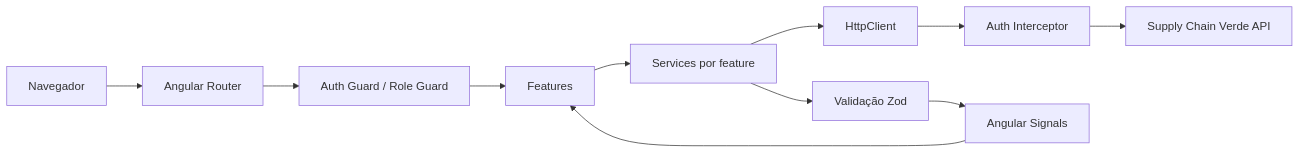
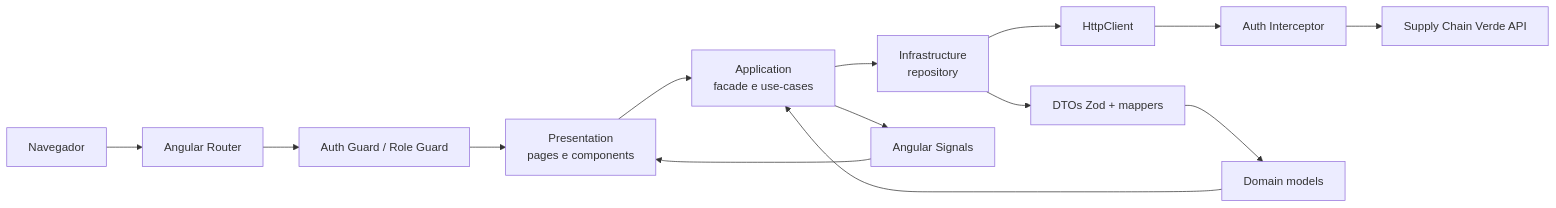
The second of 2 diagrams in README.md (matheusnascimentods/supply-chain-verde-web), drawn with Mermaid before and after one commit. The commit also changed other lines of this file, not shown here.

````diff
--- a/README.md
+++ b/README.md
@@ -83,13 +89,16 @@
 ```mermaid
 flowchart LR
     Browser[Navegador] --> Routes[Angular Router]
     Routes --> Guards[Auth Guard / Role Guard]
-    Guards --> Features[Features]
-    Features --> Services[Services por feature]
-    Services --> HTTP[HttpClient]
+    Guards --> Presentation[Presentation<br/>pages e components]
+    Presentation --> Facade[Application<br/>facade e use-cases]
+    Facade --> Repository[Infrastructure<br/>repository]
+    Repository --> HTTP[HttpClient]
     HTTP --> Interceptor[Auth Interceptor]
     Interceptor --> API[Supply Chain Verde API]
-    Services --> Zod[Validação Zod]
-    Zod --> Signals[Angular Signals]
-    Signals --> Features
+    Repository --> Zod[DTOs Zod + mappers]
+    Zod --> Domain[Domain models]
+    Domain --> Facade
+    Facade --> Signals[Angular Signals]
+    Signals --> Presentation
 ```
````
